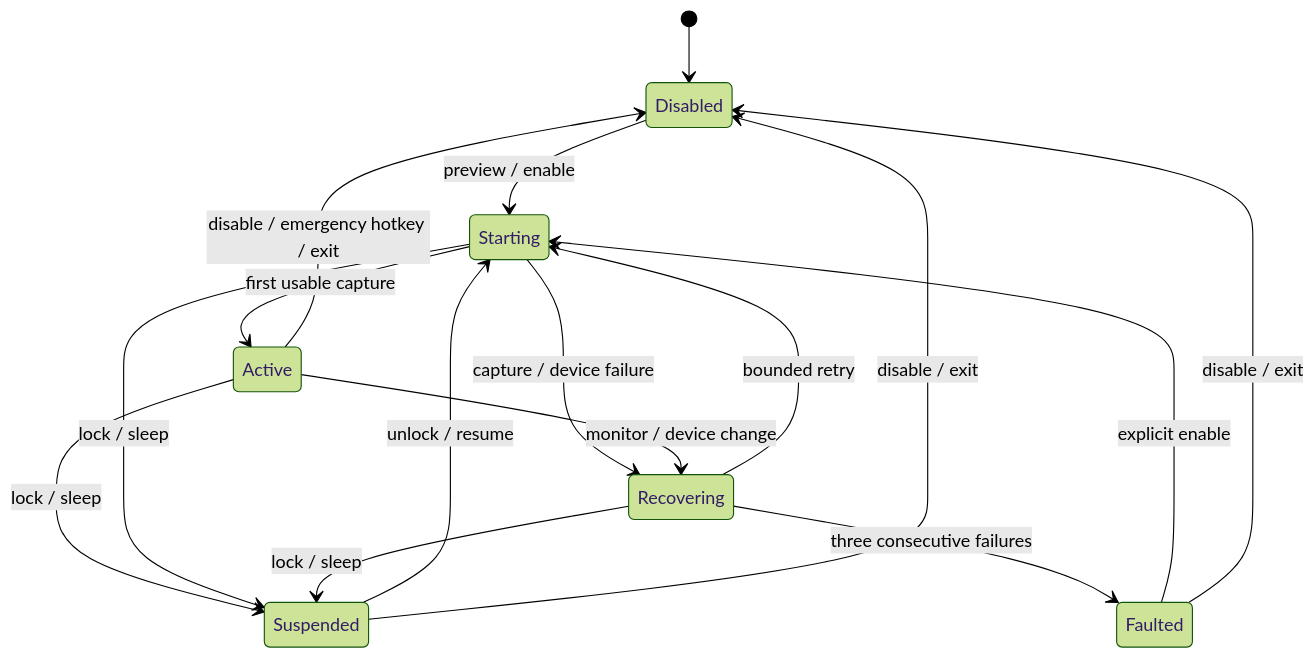
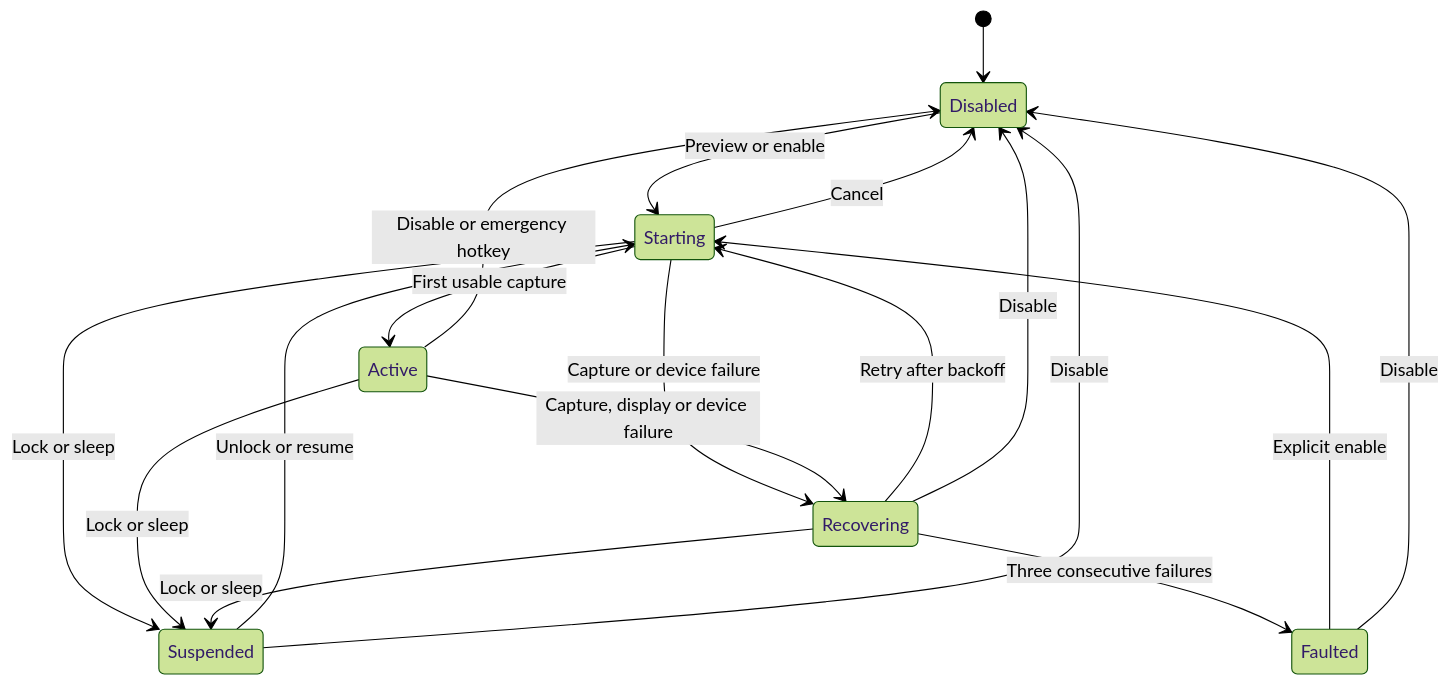
Before and after one commit to Comb1e/windows-turn: the third of 3 diagrams in renderer/docs/architecture.md, drawn with Mermaid (forest theme). The commit also changed other lines of this file and 10 other files, not shown here.

Commit message:
docs(architecture): align documentation with current workflows

````diff
--- a/renderer/docs/architecture.md
+++ b/renderer/docs/architecture.md
@@ -132,18 +89,20 @@
 ```mermaid
 stateDiagram-v2
   [*] --> Disabled
-  Disabled --> Starting: preview / enable
-  Starting --> Active: first usable capture
-  Starting --> Recovering: capture / device failure
-  Active --> Recovering: monitor / device change
-  Active --> Suspended: lock / sleep
-  Starting --> Suspended: lock / sleep
-  Recovering --> Suspended: lock / sleep
-  Suspended --> Starting: unlock / resume
-  Recovering --> Starting: bounded retry
-  Recovering --> Faulted: three consecutive failures
-  Faulted --> Starting: explicit enable
-  Active --> Disabled: disable / emergency hotkey / exit
-  Suspended --> Disabled: disable / exit
-  Faulted --> Disabled: disable / exit
+  Disabled --> Starting: Preview or enable
+  Starting --> Active: First usable capture
+  Starting --> Recovering: Capture or device failure
+  Active --> Recovering: Capture, display or device failure
+  Starting --> Suspended: Lock or sleep
+  Active --> Suspended: Lock or sleep
+  Recovering --> Suspended: Lock or sleep
+  Suspended --> Starting: Unlock or resume
+  Recovering --> Starting: Retry after backoff
+  Recovering --> Faulted: Three consecutive failures
+  Faulted --> Starting: Explicit enable
+  Active --> Disabled: Disable or emergency hotkey
+  Starting --> Disabled: Cancel
+  Recovering --> Disabled: Disable
+  Suspended --> Disabled: Disable
+  Faulted --> Disabled: Disable
 ```
````
